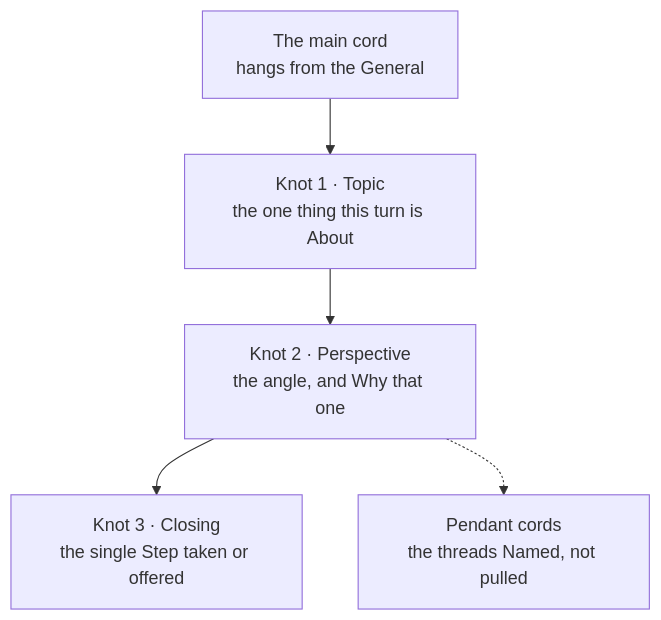
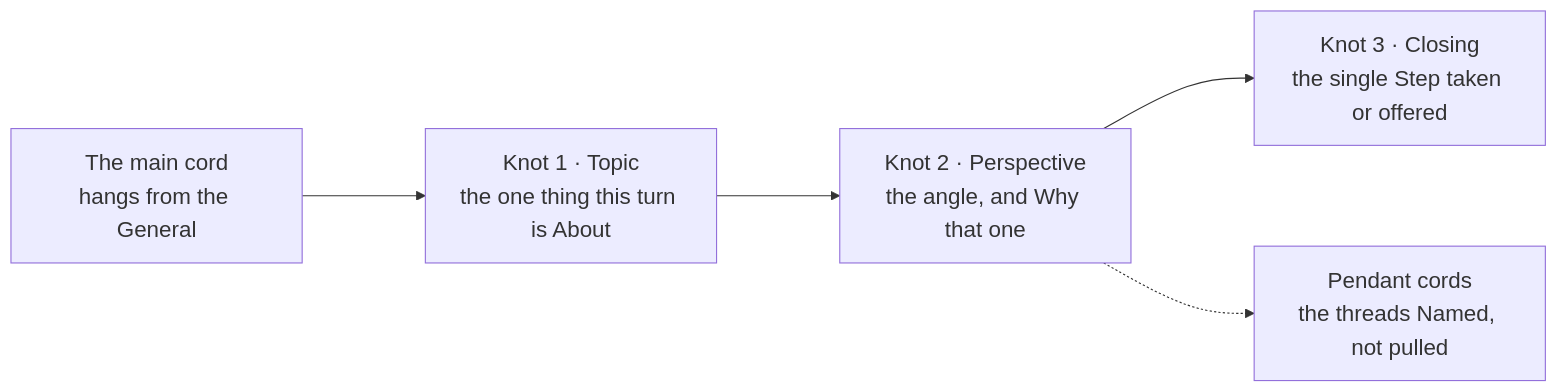
One commit to cangrejometralleta/OneTwoThree changed the seventh of 11 diagrams in docs/presentation.en.md. Above: the diagram before and after it, drawn with Mermaid. The commit also changed other lines of this file and 1 other file, not shown here.

````diff
--- a/docs/presentation.en.md
+++ b/docs/presentation.en.md
@@ -249,10 +253,11 @@
 ```mermaid
-flowchart TD
+%%{init: {"flowchart": {"nodeSpacing": 90, "rankSpacing": 110}, "themeVariables": {"fontSize": "20px"}}}%%
+flowchart LR
     CORD["The main cord<br/>hangs from the General"]
     TOPIC["Knot 1 · Topic<br/>the one thing this turn is About"]
     PERSP["Knot 2 · Perspective<br/>the angle, and Why that one"]
     CLOSE["Knot 3 · Closing<br/>the single Step taken or offered"]
     LEFT["Pendant cords<br/>the threads Named, not pulled"]
     CORD --> TOPIC --> PERSP --> CLOSE
     PERSP -.-> LEFT
 ```
````
